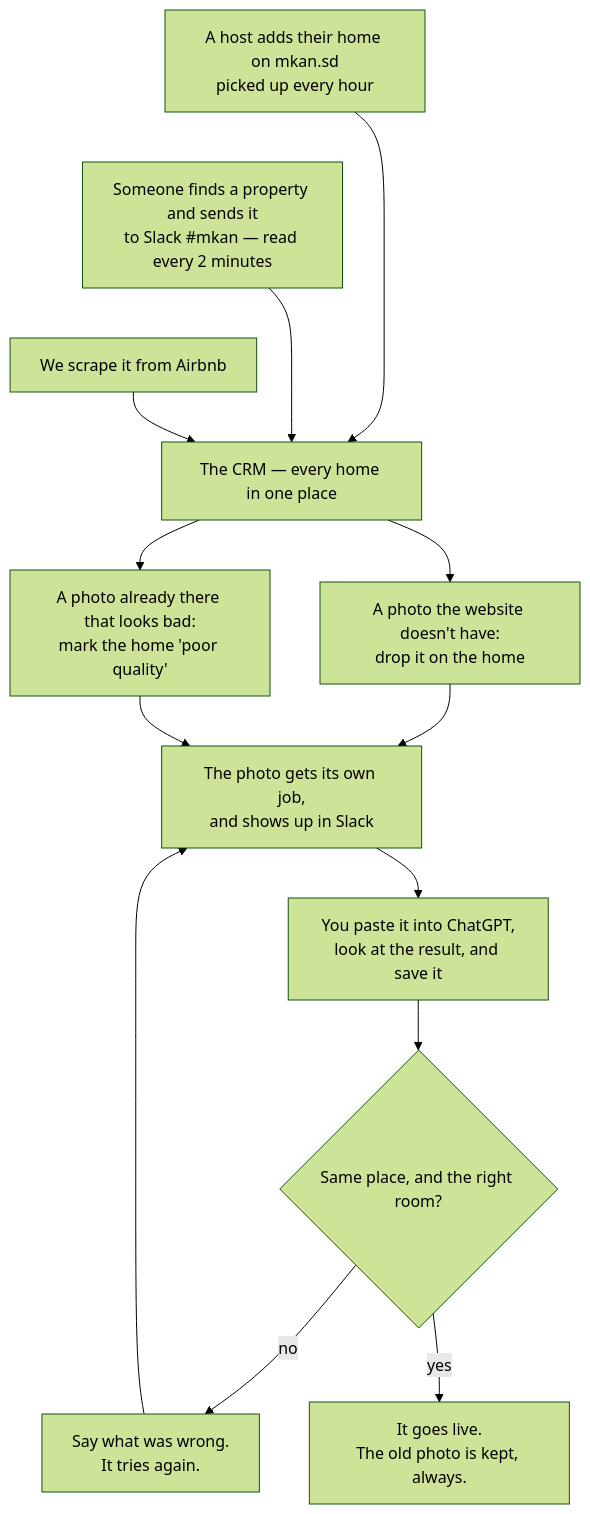
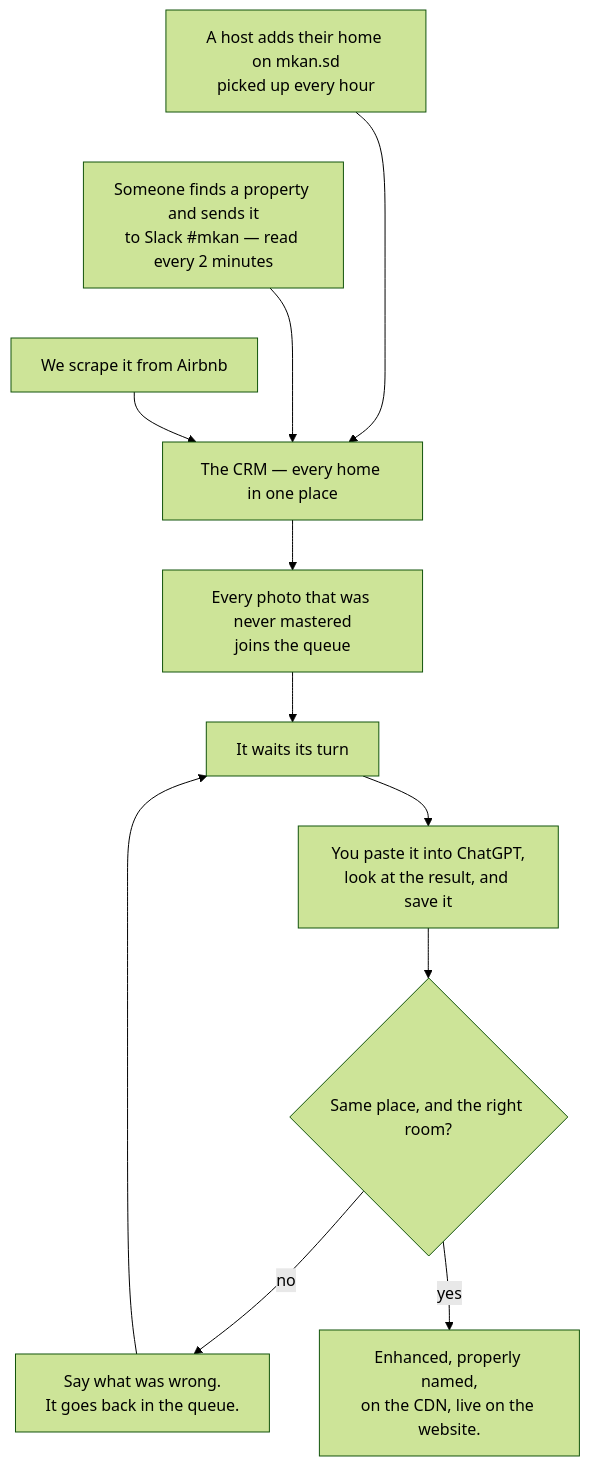
The diagram in content/docs/master.mdx (databayt/kun), drawn with Mermaid (forest theme) before and after one commit. The commit also changed other lines of this file, not shown here.

First line of the commit message:
docs(master): no step where someone decides a photo is bad enough

````diff
--- a/content/docs/master.mdx
+++ b/content/docs/master.mdx
@@ -6,24 +6,21 @@
 ```mermaid
 graph TD
     S1["A host adds their home on mkan.sd<br/>picked up every hour"]
     S2["Someone finds a property and sends it<br/>to Slack #mkan — read every 2 minutes"]
     S3["We scrape it from Airbnb"]
     CRM["The CRM — every home in one place"]
-    ADD["A photo the website doesn't have:<br/>drop it on the home"]
-    REP["A photo already there that looks bad:<br/>mark the home 'poor quality'"]
-    JOB["The photo gets its own job,<br/>and shows up in Slack"]
+    Q1["Every photo that was never mastered<br/>joins the queue"]
+    W["It waits its turn"]
     YOU["You paste it into ChatGPT,<br/>look at the result, and save it"]
     Q{"Same place, and the right room?"}
-    NO["Say what was wrong.<br/>It tries again."]
-    YES["It goes live.<br/>The old photo is kept, always."]
+    NO["Say what was wrong.<br/>It goes back in the queue."]
+    YES["Enhanced, properly named,<br/>on the CDN, live on the website."]
 
     S1 ~~~ S2 ~~~ S3
     S1 --> CRM
     S2 --> CRM
     S3 --> CRM
-    CRM --> ADD --> JOB
-    CRM --> REP --> JOB
-    JOB --> YOU --> Q
-    Q -->|no| NO --> JOB
+    CRM --> Q1 --> W --> YOU --> Q
+    Q -->|no| NO --> W
     Q -->|yes| YES
 ```
````
